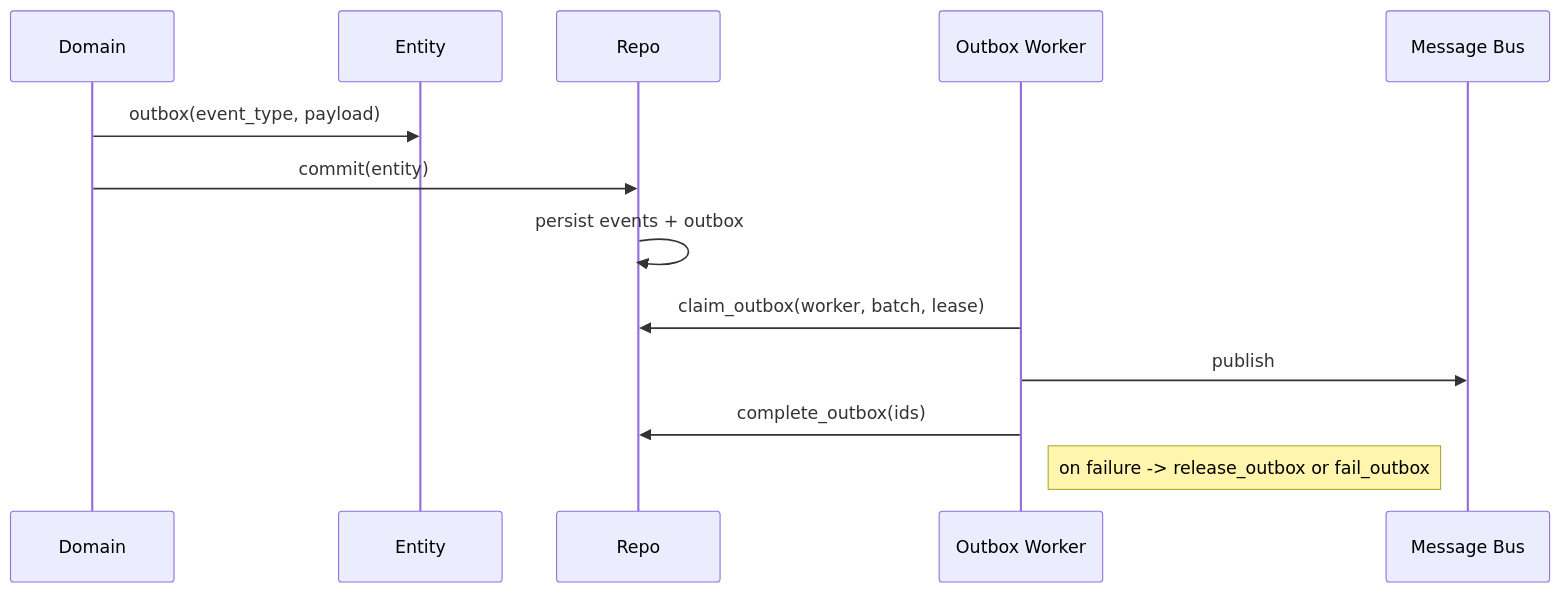
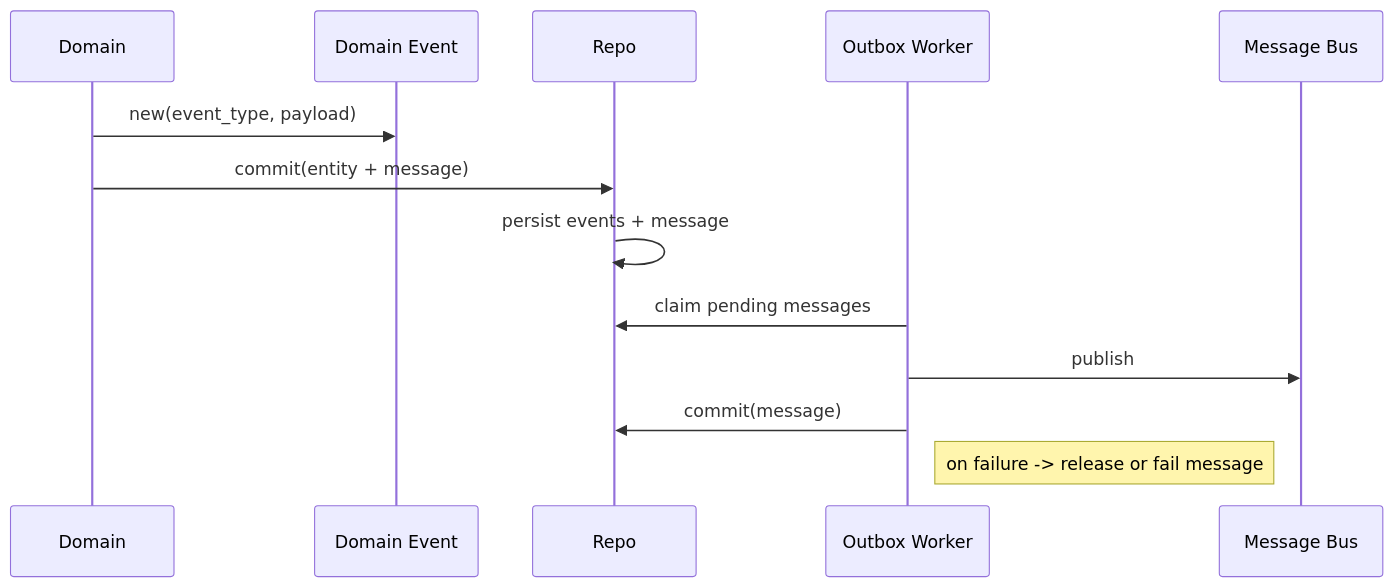
The third of 5 diagrams in README.md (patrickleet/sourced_rust), drawn with Mermaid before and after one commit. The commit also changed other lines of this file and 12 other files, not shown here.

````diff
--- a/README.md
+++ b/README.md
@@ -151,15 +147,15 @@
 ```mermaid
 sequenceDiagram
     participant Domain
-    participant Entity
+    participant Msg as Domain Event
     participant Repo
-    participant Outbox as Outbox Worker
+    participant Worker as Outbox Worker
     participant Bus as Message Bus
-    Domain->>Entity: outbox(event_type, payload)
-    Domain->>Repo: commit(entity)
-    Repo->>Repo: persist events + outbox
-    Outbox->>Repo: claim_outbox(worker, batch, lease)
-    Outbox->>Bus: publish
-    Outbox->>Repo: complete_outbox(ids)
-    Note right of Outbox: on failure -> release_outbox or fail_outbox
+    Domain->>Msg: new(event_type, payload)
+    Domain->>Repo: commit(entity + message)
+    Repo->>Repo: persist events + message
+    Worker->>Repo: claim pending messages
+    Worker->>Bus: publish
+    Worker->>Repo: commit(message)
+    Note right of Worker: on failure -> release or fail message
 ```
````
